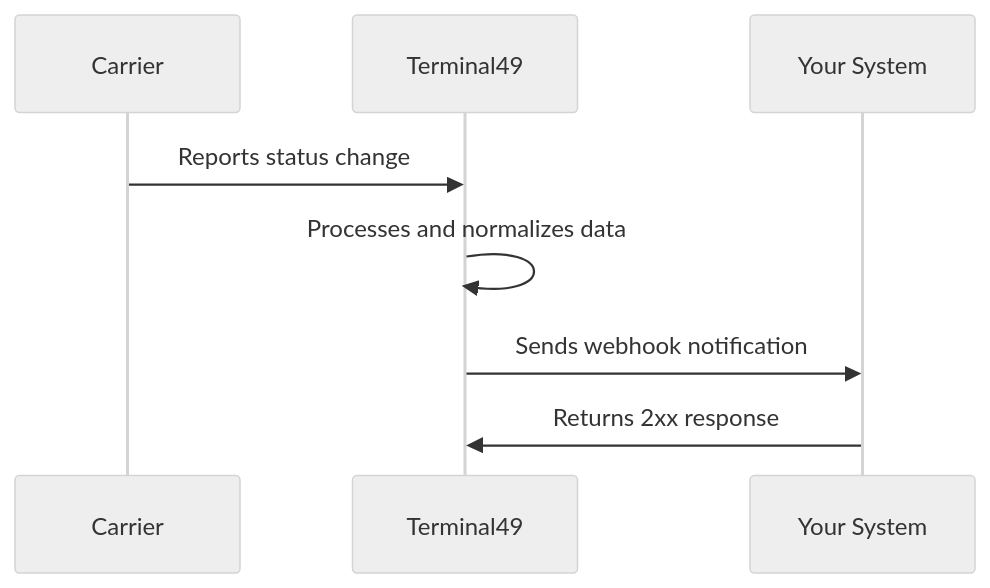
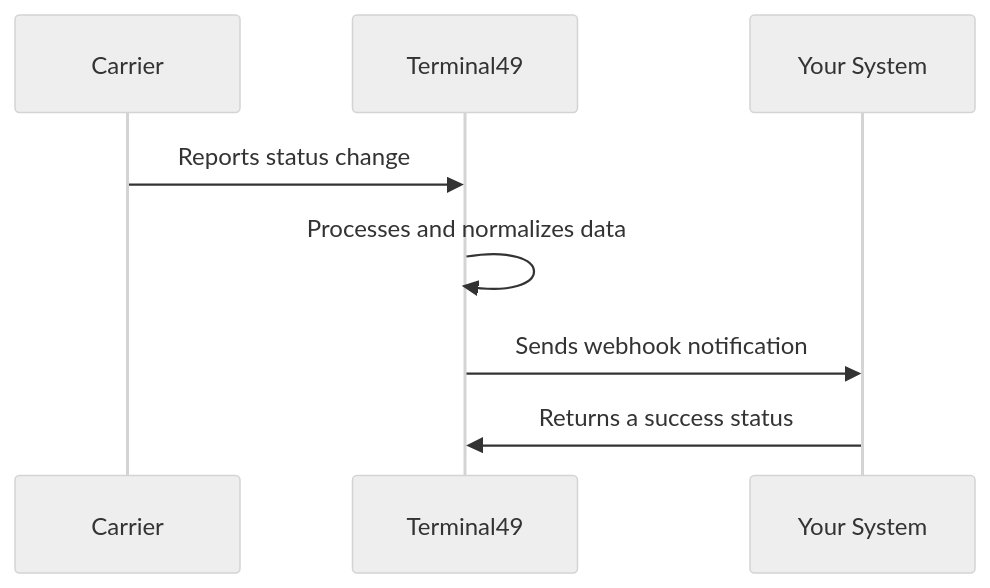
One commit to Terminal49/API changed the diagram in docs/api-docs/webhooks/overview.mdx. Above: the diagram before and after it, drawn with Mermaid (neutral theme). The commit also changed other lines of this file and 33 other files, not shown here.

````diff
--- a/docs/api-docs/webhooks/overview.mdx
+++ b/docs/api-docs/webhooks/overview.mdx
@@ -18,11 +18,11 @@
 ```mermaid
 sequenceDiagram
     participant Carrier
     participant Terminal49
     participant Your System
 
     Carrier->>Terminal49: Reports status change
     Terminal49->>Terminal49: Processes and normalizes data
     Terminal49->>Your System: Sends webhook notification
-    Your System->>Terminal49: Returns 2xx response
+    Your System->>Terminal49: Returns a success status
 ```
````
